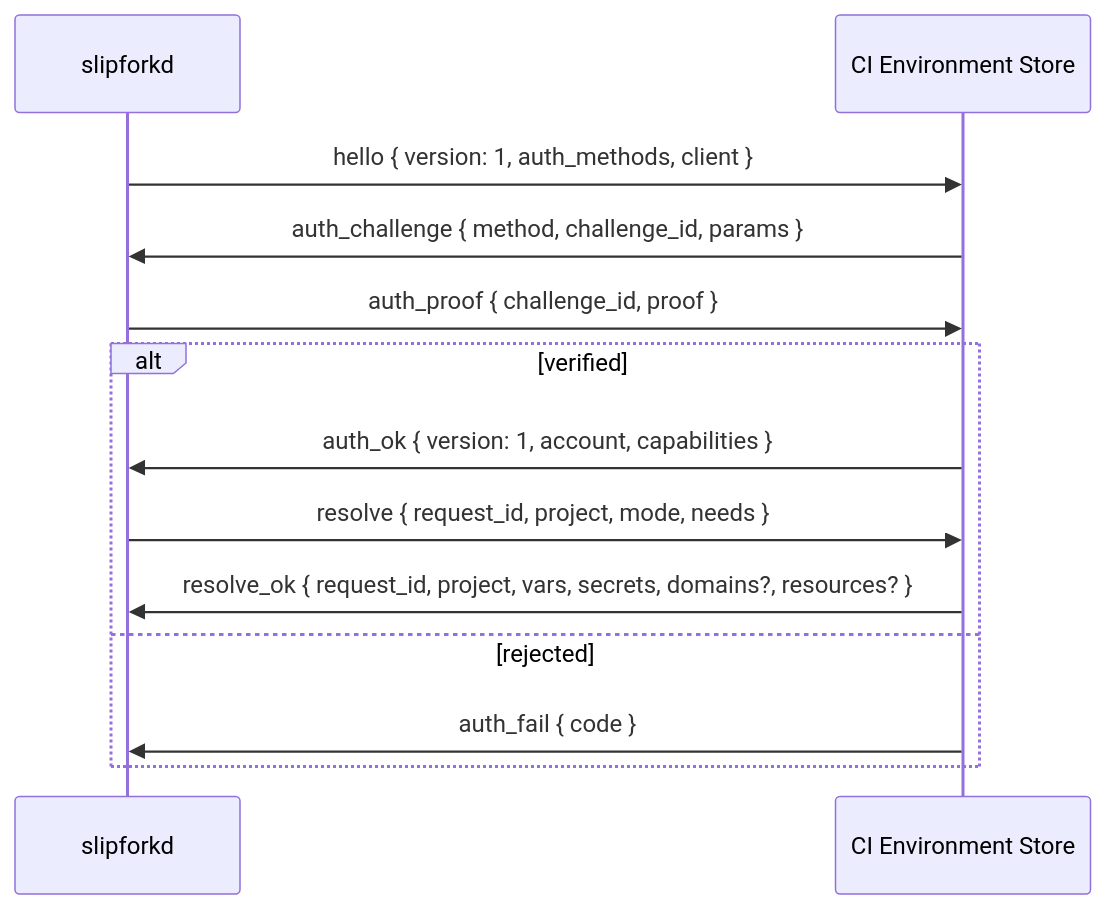
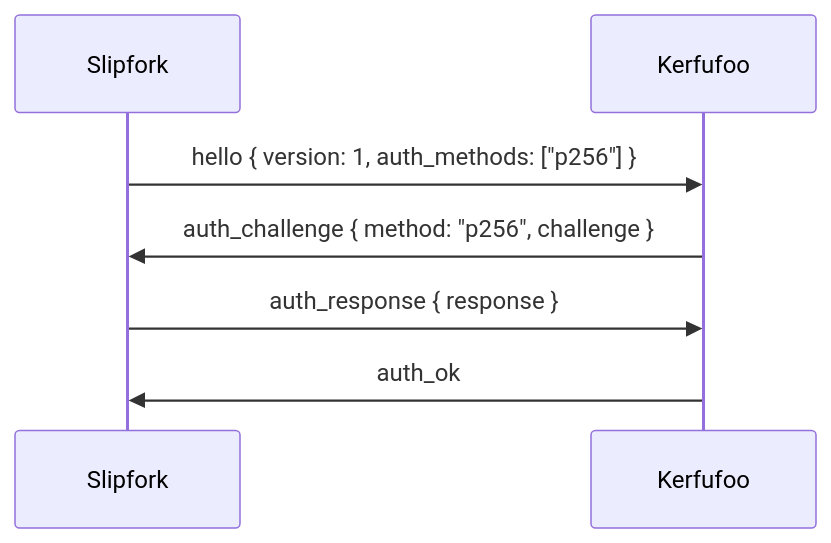
One commit to OffworldNexus/slipfork changed the first of 3 diagrams in docs/design/ospp.md. Above: the diagram before and after it, drawn with Mermaid. The commit also changed other lines of this file and 4 other files, not shown here.

````diff
--- a/docs/design/ospp.md
+++ b/docs/design/ospp.md
@@ -48,15 +11,9 @@
 ```mermaid
 sequenceDiagram
-    participant C as slipforkd
-    participant S as CI Environment Store
-    C->>S: hello { version: 1, auth_methods, client }
-    S->>C: auth_challenge { method, challenge_id, params }
-    C->>S: auth_proof { challenge_id, proof }
-    alt verified
-        S->>C: auth_ok { version: 1, account, capabilities }
-        C->>S: resolve { request_id, project, mode, needs }
-        S->>C: resolve_ok { request_id, project, vars, secrets, domains?, resources? }
-    else rejected
-        S->>C: auth_fail { code }
-    end
+  participant C as Slipfork
+  participant S as Kerfufoo
+  C->>S: hello { version: 1, auth_methods: ["p256"] }
+  S->>C: auth_challenge { method: "p256", challenge }
+  C->>S: auth_response { response }
+  S->>C: auth_ok
 ```
````
